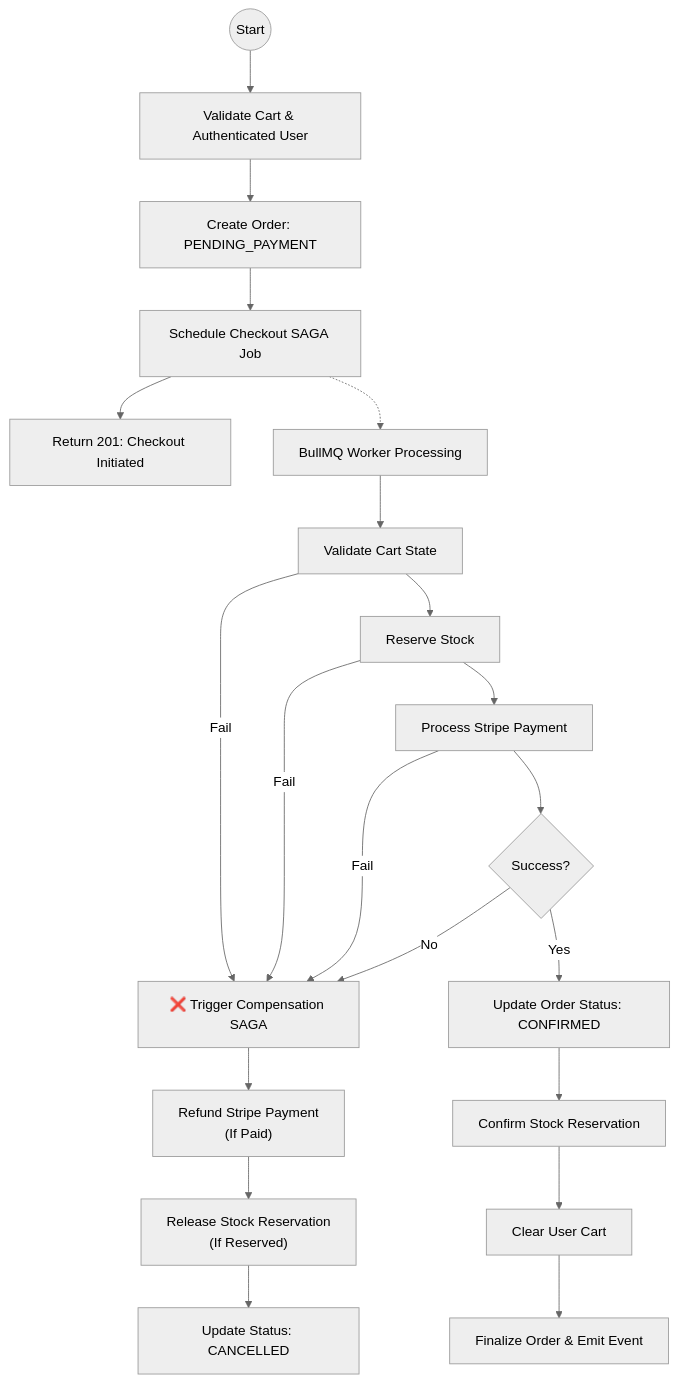
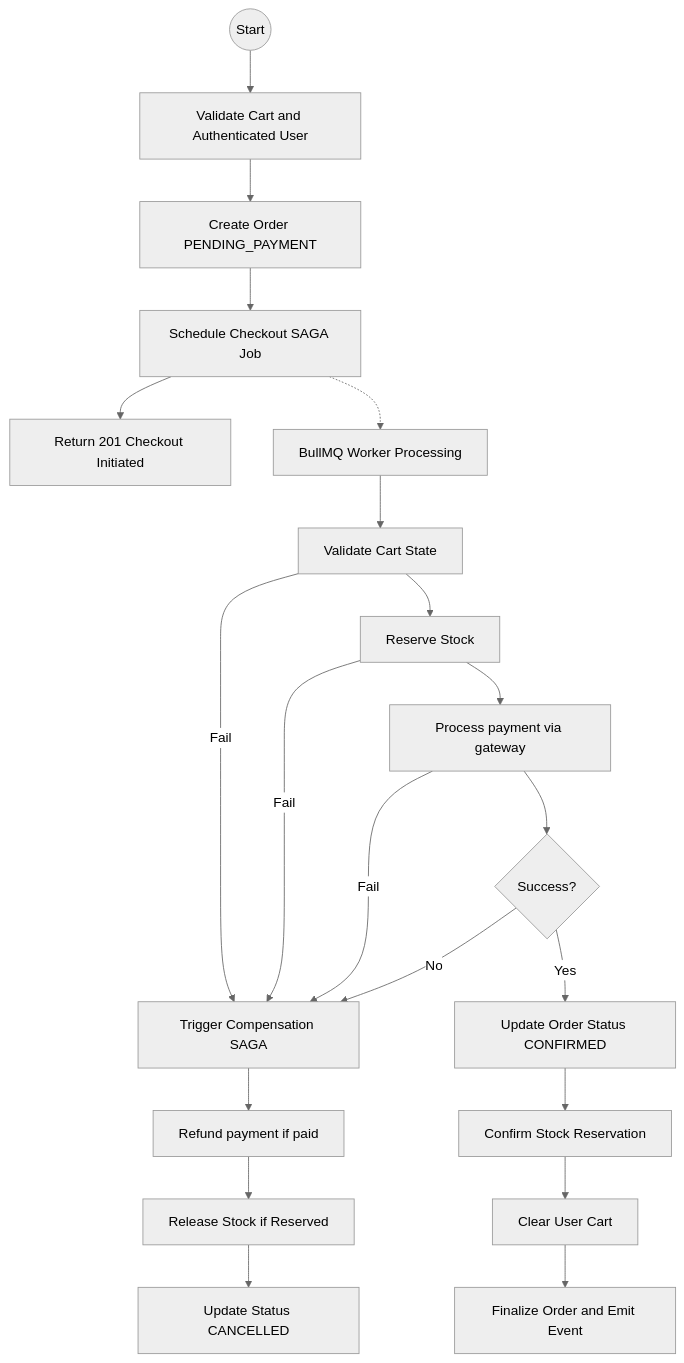
The seventh of 11 diagrams in docs/architecture/ARCHITECTURE.md (raouf-b-dev/ecommerce-store-api), drawn with Mermaid (neutral theme) before and after one commit. The commit also changed other lines of this file, not shown here.

First line of the commit message:
Refactor architecture documentation for clarity and consistency

````diff
--- a/docs/architecture/ARCHITECTURE.md
+++ b/docs/architecture/ARCHITECTURE.md
@@ -295,29 +284,28 @@
 ```mermaid
 flowchart TD
-    Start((Start)) --> Validate[Validate Cart & Authenticated User]
-    Validate --> CreateOrder[Create Order: PENDING_PAYMENT]
-    CreateOrder --> Schedule[Schedule Checkout SAGA Job]
-    Schedule --> ReturnClient[Return 201: Checkout Initiated]
+ Start((Start)) --> Validate[Validate Cart and Authenticated User]
+ Validate --> CreateOrder[Create Order PENDING_PAYMENT]
+ CreateOrder --> Schedule[Schedule Checkout SAGA Job]
+ Schedule --> ReturnClient[Return 201 Checkout Initiated]
 
-    Schedule -.-> Worker[BullMQ Worker Processing]
-    Worker --> ValidateCart[Validate Cart State]
-    ValidateCart -->|Fail| FailSAGA[❌ Trigger Compensation SAGA]
-    ValidateCart --> ReserveStock[Reserve Stock]
+ Schedule -.-> Worker[BullMQ Worker Processing]
+ Worker --> ValidateCart[Validate Cart State]
+ ValidateCart -->|Fail| FailSAGA[Trigger Compensation SAGA]
+ ValidateCart --> ReserveStock[Reserve Stock]
 
-    ReserveStock -->|Fail| FailSAGA
-    ReserveStock --> ProcessPayment[Process Stripe Payment]
+ ReserveStock -->|Fail| FailSAGA
+ ReserveStock --> ProcessPayment[Process payment via gateway]
 
-    ProcessPayment -->|Fail| FailSAGA
-    ProcessPayment --> PaymentSuccess{Success?}
-    PaymentSuccess -- Yes --> ConfirmOrder[Update Order Status: CONFIRMED]
-    PaymentSuccess -- No --> FailSAGA
+ ProcessPayment -->|Fail| FailSAGA
+ ProcessPayment --> PaymentSuccess{Success?}
+ PaymentSuccess -- Yes --> ConfirmOrder[Update Order Status CONFIRMED]
+ PaymentSuccess -- No --> FailSAGA
 
-    ConfirmOrder --> ConfirmRes[Confirm Stock Reservation]
-    ConfirmRes --> ClearCart[Clear User Cart]
-    ClearCart --> Finalize[Finalize Order & Emit Event]
+ ConfirmOrder --> ConfirmRes[Confirm Stock Reservation]
+ ConfirmRes --> ClearCart[Clear User Cart]
+ ClearCart --> Finalize[Finalize Order and Emit Event]
 
-    %% Compensation Logic
-    FailSAGA --> Refund["Refund Stripe Payment<br/>(If Paid)"]
-    Refund --> ReleaseStock["Release Stock Reservation<br/>(If Reserved)"]
-    ReleaseStock --> CancelOrder[Update Status: CANCELLED]
+ FailSAGA --> Refund["Refund payment if paid"]
+ Refund --> ReleaseStock["Release Stock if Reserved"]
+ ReleaseStock --> CancelOrder[Update Status CANCELLED]
 ```
````
